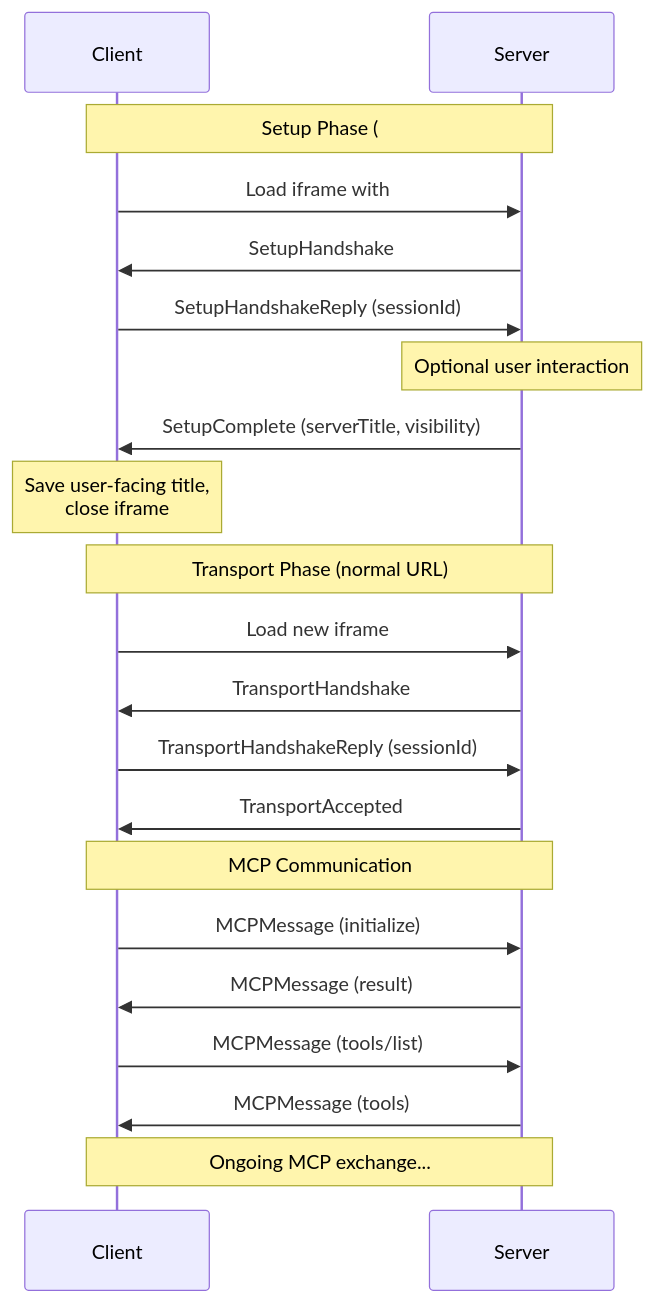
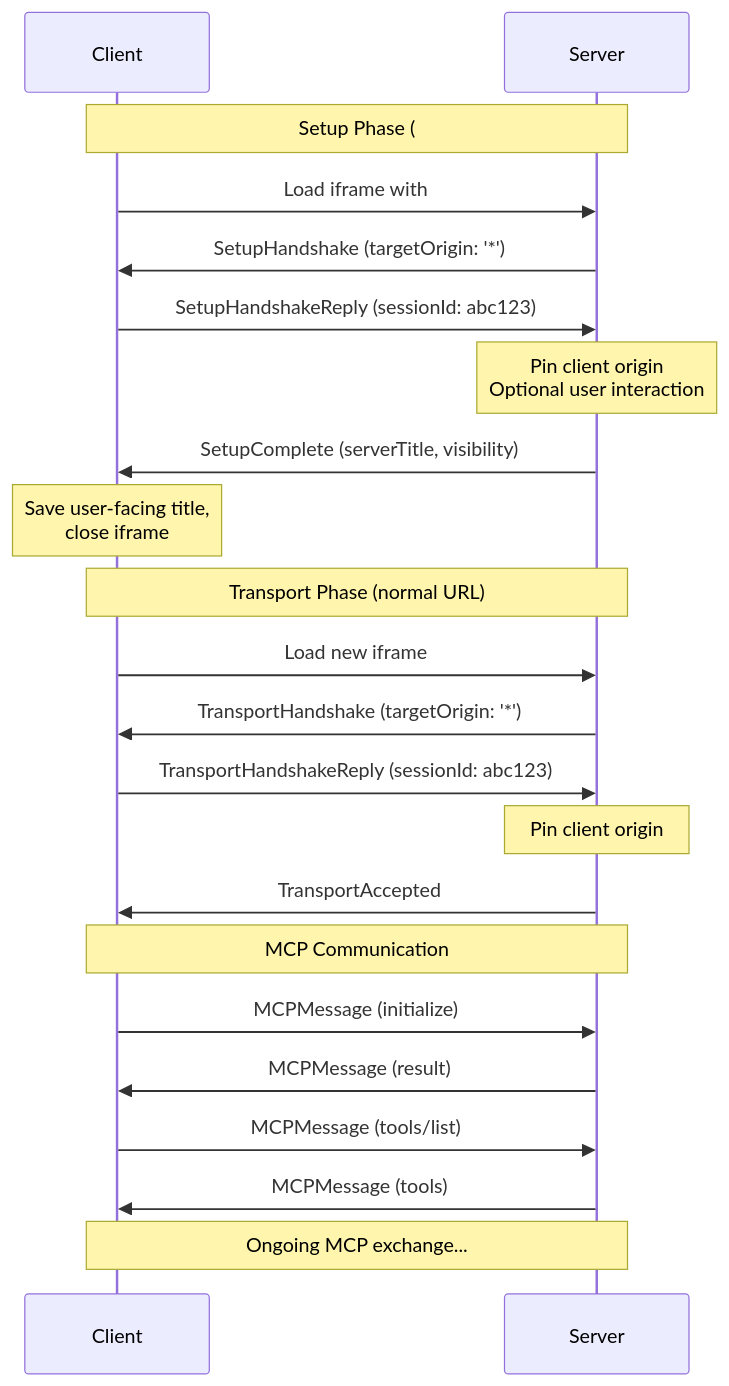
Before and after one commit to horner/mcp-postmessage: the diagram in src/protocol/README.md, drawn with Mermaid. The commit also changed other lines of this file, not shown here.

````diff
--- a/src/protocol/README.md
+++ b/src/protocol/README.md
@@ -306,26 +84,27 @@
 ```mermaid
 sequenceDiagram
     participant Client
     participant Server
     
     Note over Client,Server: Setup Phase (#setup URL)
     Client->>Server: Load iframe with #setup
-    Server->>Client: SetupHandshake
-    Client->>Server: SetupHandshakeReply (sessionId)
-    Note over Server: Optional user interaction
+    Server->>Client: SetupHandshake (targetOrigin: '*')
+    Client->>Server: SetupHandshakeReply (sessionId: abc123)
+    Note over Server: Pin client origin<br/>Optional user interaction
     Server->>Client: SetupComplete (serverTitle, visibility)
     Note over Client: Save user-facing title,<br/>close iframe
     
     Note over Client,Server: Transport Phase (normal URL)  
     Client->>Server: Load new iframe
-    Server->>Client: TransportHandshake
-    Client->>Server: TransportHandshakeReply (sessionId)
+    Server->>Client: TransportHandshake (targetOrigin: '*')
+    Client->>Server: TransportHandshakeReply (sessionId: abc123)
+    Note over Server: Pin client origin
     Server->>Client: TransportAccepted
     
     Note over Client,Server: MCP Communication
     Client->>Server: MCPMessage (initialize)
     Server->>Client: MCPMessage (result)
     Client->>Server: MCPMessage (tools/list)
     Server->>Client: MCPMessage (tools)
     Note over Client,Server: Ongoing MCP exchange...
 ```
````
